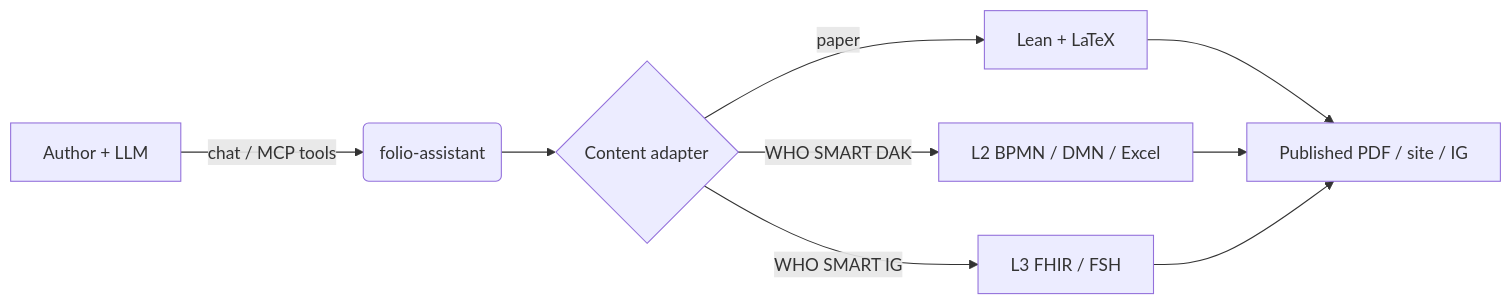
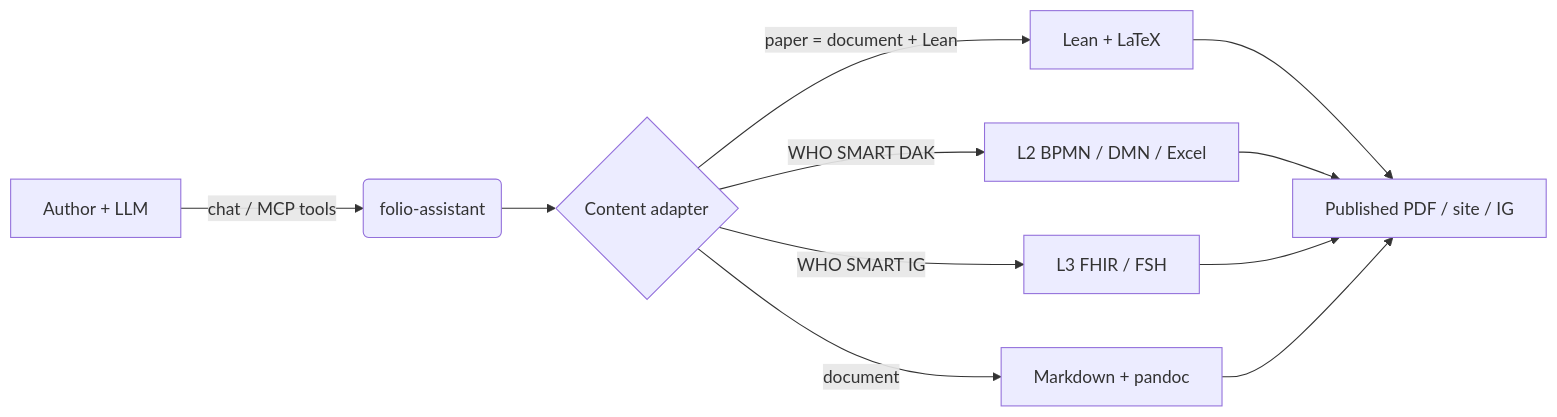
Before and after one commit to litlfred/folio-assistant: the diagram in README.md, drawn with Mermaid. The commit also changed other lines of this file and 11 other files, not shown here.

First line of the commit message:
docs: the document content type, and how to start a folio from a bare repo

````diff
--- a/README.md
+++ b/README.md
@@ -42,14 +43,16 @@
 ```mermaid
 flowchart LR
     A[Author + LLM] -->|chat / MCP tools| B(folio-assistant)
     B --> C{Content adapter}
-    C -->|paper| D[Lean + LaTeX]
+    C -->|document| H[Markdown + pandoc]
+    C -->|paper = document + Lean| D[Lean + LaTeX]
     C -->|WHO SMART DAK| E[L2 BPMN / DMN / Excel]
     C -->|WHO SMART IG| F[L3 FHIR / FSH]
-    D & E & F --> G[Published PDF / site / IG]
+    D & E & F & H --> G[Published PDF / site / IG]
 
     click B "https://litlfred.github.io/folio-assistant/" "Docs home" _blank
+    click H "https://litlfred.github.io/folio-assistant/guides/writing-a-document.html" "Writing a document" _blank
     click D "https://litlfred.github.io/folio-assistant/guides/writing-a-paper.html" "Writing a paper" _blank
     click E "https://litlfred.github.io/folio-assistant/guides/who-smart-dak.html" "WHO SMART DAK (L2)" _blank
     click F "https://litlfred.github.io/folio-assistant/guides/who-smart-ig.html" "WHO SMART IG (L3)" _blank
 ```
````
